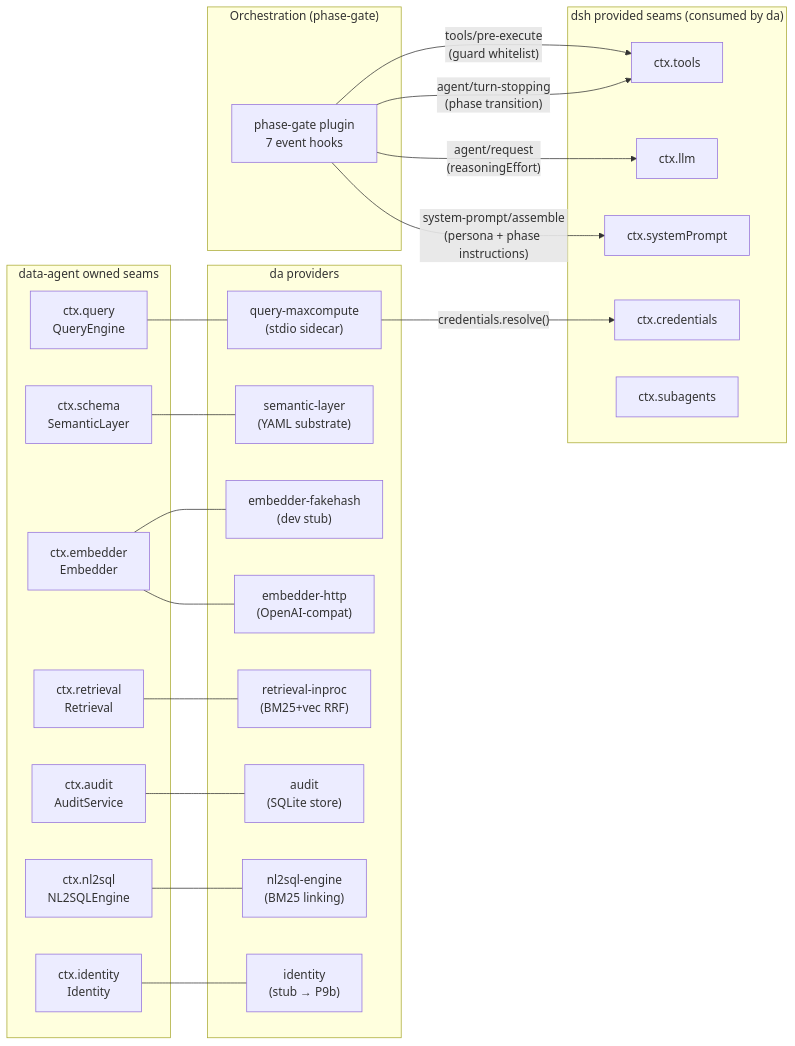
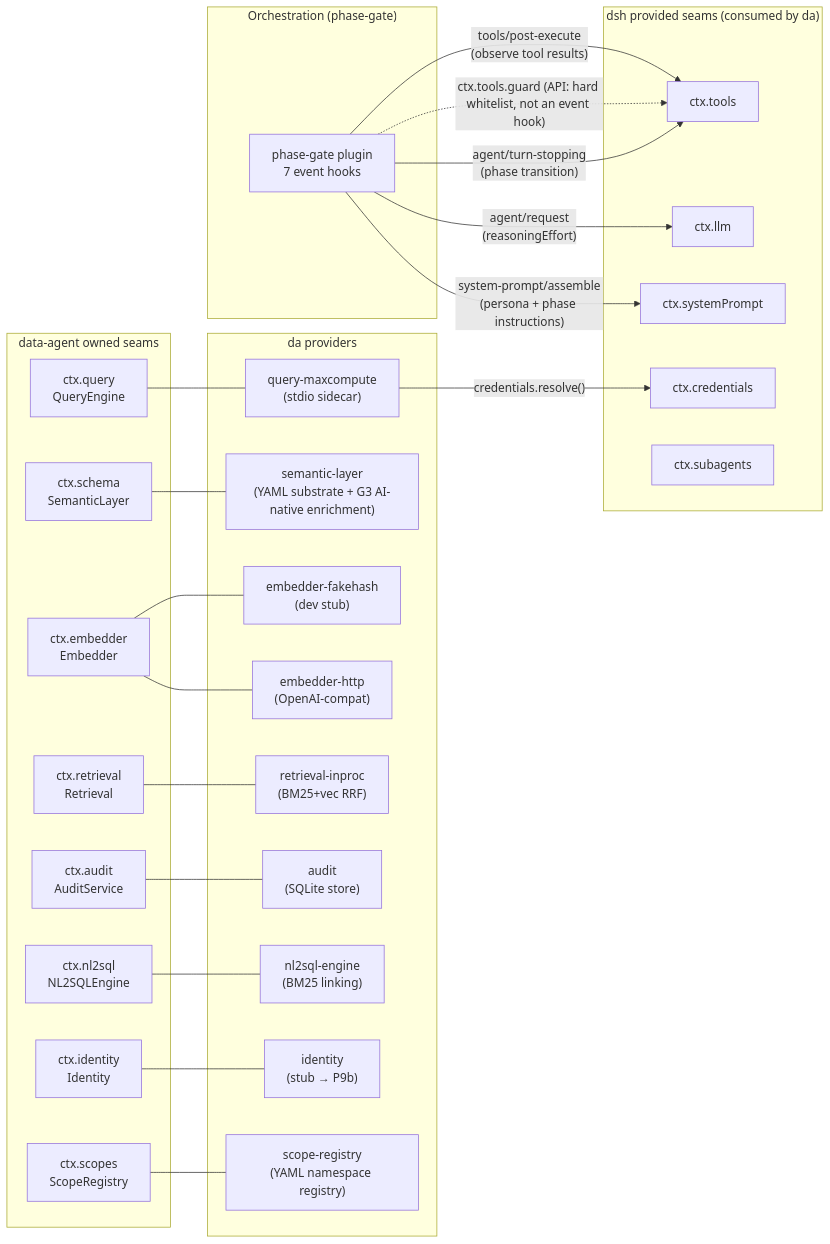
Before and after one commit to McKenzieIT/deepseek-harness-da: the second of 3 diagrams in docs/da-architecture.md, drawn with Mermaid. The commit also changed other lines of this file and 11 other files, not shown here.

````diff
--- a/docs/da-architecture.md
+++ b/docs/da-architecture.md
@@ -39,50 +39,54 @@
 ```mermaid
 flowchart LR
     subgraph da["data-agent owned seams"]
         query["ctx.query<br/>QueryEngine"]
         schema["ctx.schema<br/>SemanticLayer"]
         embedder["ctx.embedder<br/>Embedder"]
         retrieval["ctx.retrieval<br/>Retrieval"]
         audit["ctx.audit<br/>AuditService"]
         nl2sql["ctx.nl2sql<br/>NL2SQLEngine"]
         identity["ctx.identity<br/>Identity"]
+        scopes["ctx.scopes<br/>ScopeRegistry"]
     end
 
     subgraph providers["da providers"]
         qmc["query-maxcompute<br/>(stdio sidecar)"]
-        sl["semantic-layer<br/>(YAML substrate)"]
+        sl["semantic-layer<br/>(YAML substrate + G3 AI-native enrichment)"]
         efh["embedder-fakehash<br/>(dev stub)"]
         eh["embedder-http<br/>(OpenAI-compat)"]
         ri["retrieval-inproc<br/>(BM25+vec RRF)"]
         audit_sqlite["audit<br/>(SQLite store)"]
         nle["nl2sql-engine<br/>(BM25 linking)"]
         id_stub["identity<br/>(stub → P9b)"]
+        sr["scope-registry<br/>(YAML namespace registry)"]
     end
 
     subgraph dsh["dsh provided seams (consumed by da)"]
         tools["ctx.tools"]
         llm["ctx.llm"]
         sp["ctx.systemPrompt"]
         cred["ctx.credentials"]
         subagents["ctx.subagents"]
     end
 
     query --- qmc
     schema --- sl
     embedder --- efh
     embedder --- eh
     retrieval --- ri
     audit --- audit_sqlite
     nl2sql --- nle
     identity --- id_stub
+    scopes --- sr
 
     subgraph orchestration["Orchestration (phase-gate)"]
         pg["phase-gate plugin<br/>7 event hooks"]
     end
 
-    pg -->|"tools/pre-execute<br/>(guard whitelist)"| tools
+    pg -->|"tools/post-execute<br/>(observe tool results)"| tools
+    pg -.->|"ctx.tools.guard (API: hard whitelist, not an event hook)"| tools
     pg -->|"agent/request<br/>(reasoningEffort)"| llm
     pg -->|"system-prompt/assemble<br/>(persona + phase instructions)"| sp
     pg -->|"agent/turn-stopping<br/>(phase transition)"| tools
     qmc -->|"credentials.resolve()"| cred
 ```
````
